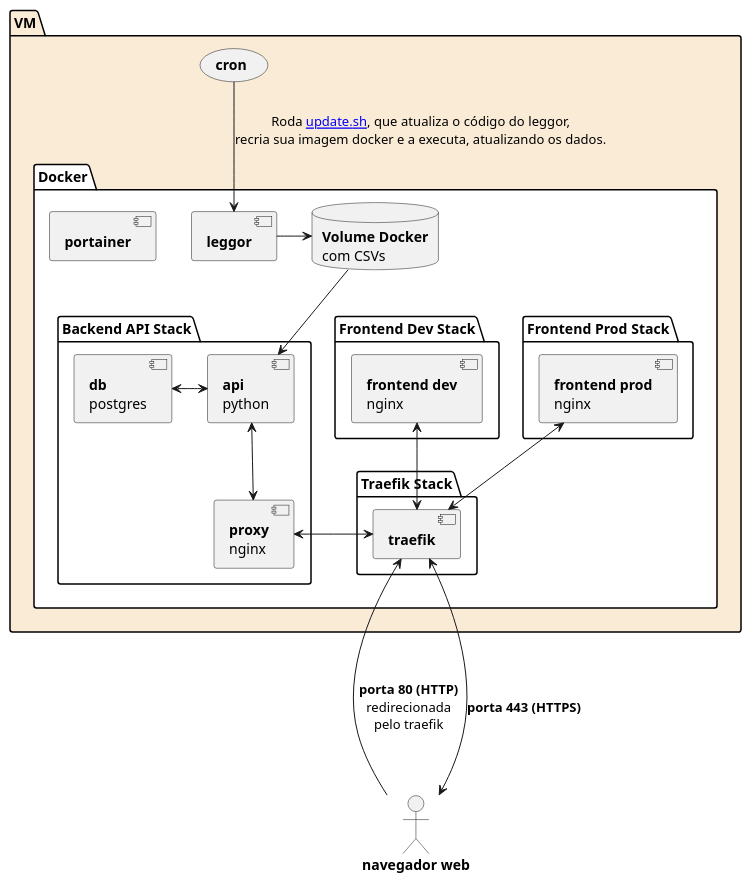
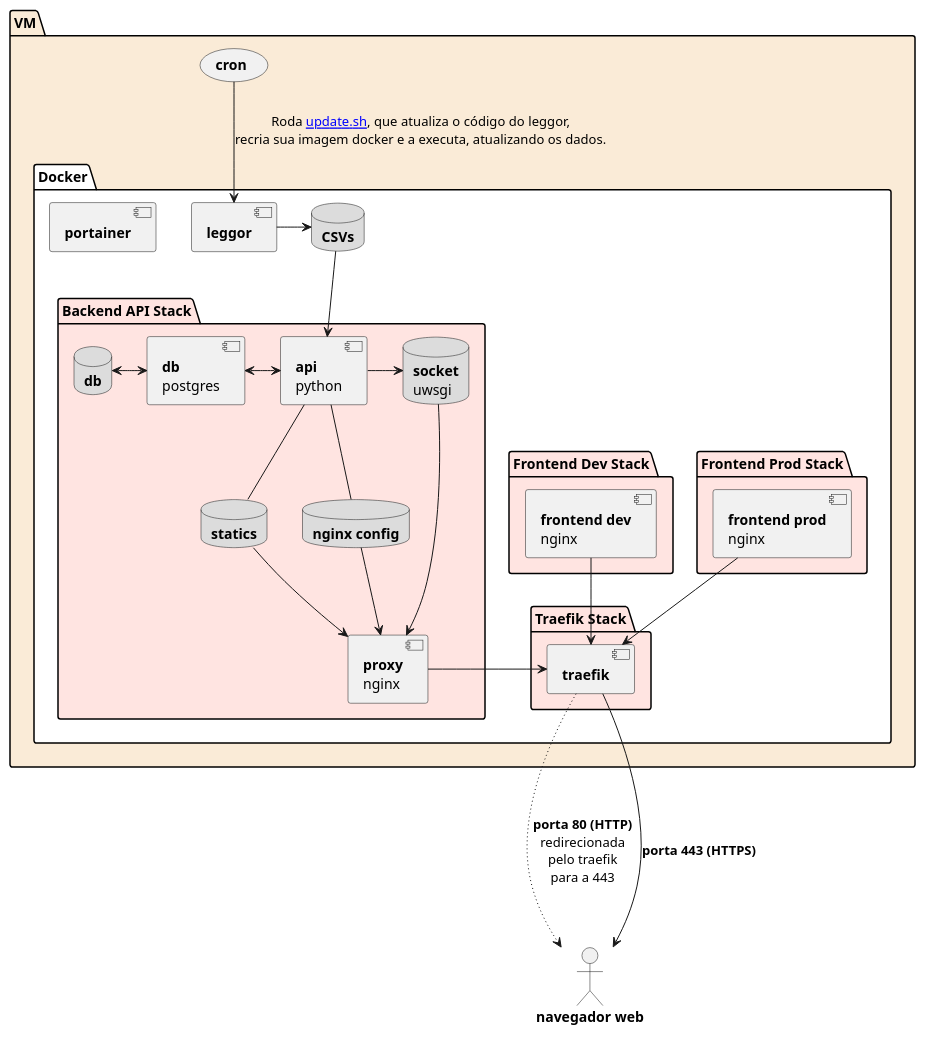
The diagram in diagrama.puml (parlametria/leggo-geral), drawn with PlantUML before and after one commit. The commit also changed other lines of this file and 1 other file, not shown here.

```diff
--- a/diagrama.puml
+++ b/diagrama.puml
@@ -3,41 +16,54 @@
 @startuml
 
 skinparam componentStyle uml2
 
+skinparam database {
+  BackgroundColor gainsboro
+}
+
 package "VM" #antiquewhite {
   (**cron**) as cron
-  package "Docker" #white {
-    package "Traefik Stack" {
+  package "Docker" as docker_front #white {
+    package "Traefik Stack" #mistyrose {
       [**traefik**] as traefik
     }
     [**portainer**] as portainer
     [**leggor**] as leggor
-    package "Frontend Prod Stack" as frontprodser {
+    package "Frontend Prod Stack" as frontprodser #mistyrose {
       [**frontend prod**\nnginx] as frontend_prod
     }
-    package "Frontend Dev Stack" as frontdevser {
+    package "Frontend Dev Stack" as frontdevser #mistyrose {
       [**frontend dev**\nnginx] as frontend_dev
     }
-    package "Backend API Stack" as backser {
+    package "Backend API Stack" as backser #mistyrose {
       [**proxy**\nnginx] as backproxy
       [**api**\npython] as api
       [**db**\npostgres] as db
+    database "**statics**" as statics_vol
+    database "**socket**\nuwsgi" as socket_vol
+    database "**nginx config**" as nginx_config_vol
+    database "**db**" as db_vol
     }
-    database "**Volume Docker**\ncom CSVs" as vol {
-    }
+    database "**CSVs**" as csvs
   }
 }
 "**navegador web**" as navegador
 
 cron --> leggor : Roda [[https://github.com/analytics-ufcg/leggo-geral/blob/master/update.sh update.sh]], que atualiza o código do leggor,\nrecria sua imagem docker e a executa, atualizando os dados.
-leggor -> vol
-vol --> api
-api <--> backproxy
+leggor -> csvs
+csvs --> api
 db <-> api
-backproxy <-> traefik
-frontend_dev <--> traefik
-frontend_prod <--> traefik
-traefik <--- navegador : "**porta 80 (HTTP)**\nredirecionada\npelo traefik"
-traefik <---> navegador : "**porta 443 (HTTPS)**"
+db_vol <-> db
+backproxy -> traefik
+frontend_dev --> traefik
+frontend_prod --> traefik
+traefik ~~~> navegador : "**porta 80 (HTTP)**\nredirecionada\npelo traefik\npara a 443"
+traefik ---> navegador : "**porta 443 (HTTPS)**"
+api -- statics_vol
+statics_vol --> backproxy
+api ->socket_vol
+socket_vol ---> backproxy
+nginx_config_vol -u- api
+nginx_config_vol --> backproxy
 
 @enduml
```
